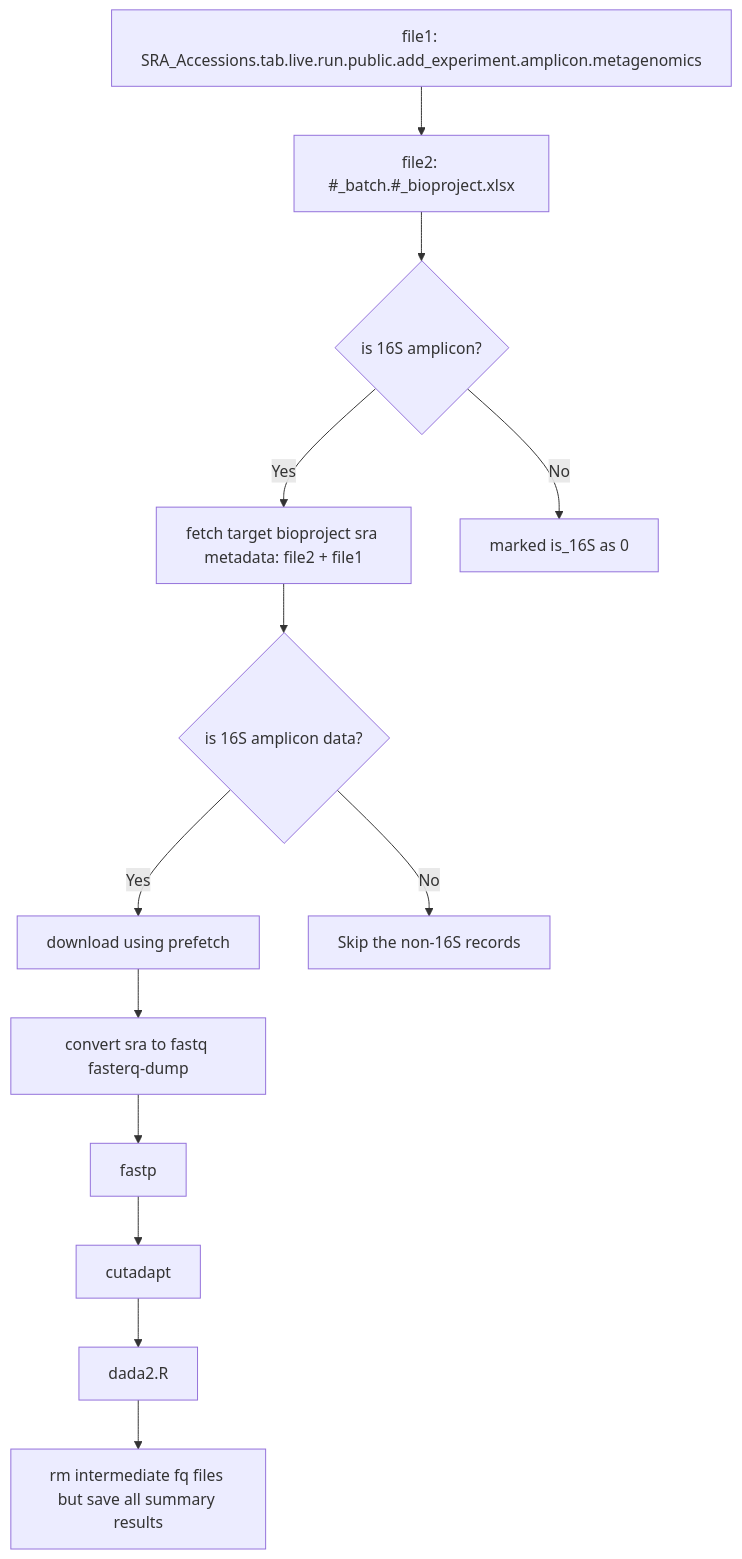
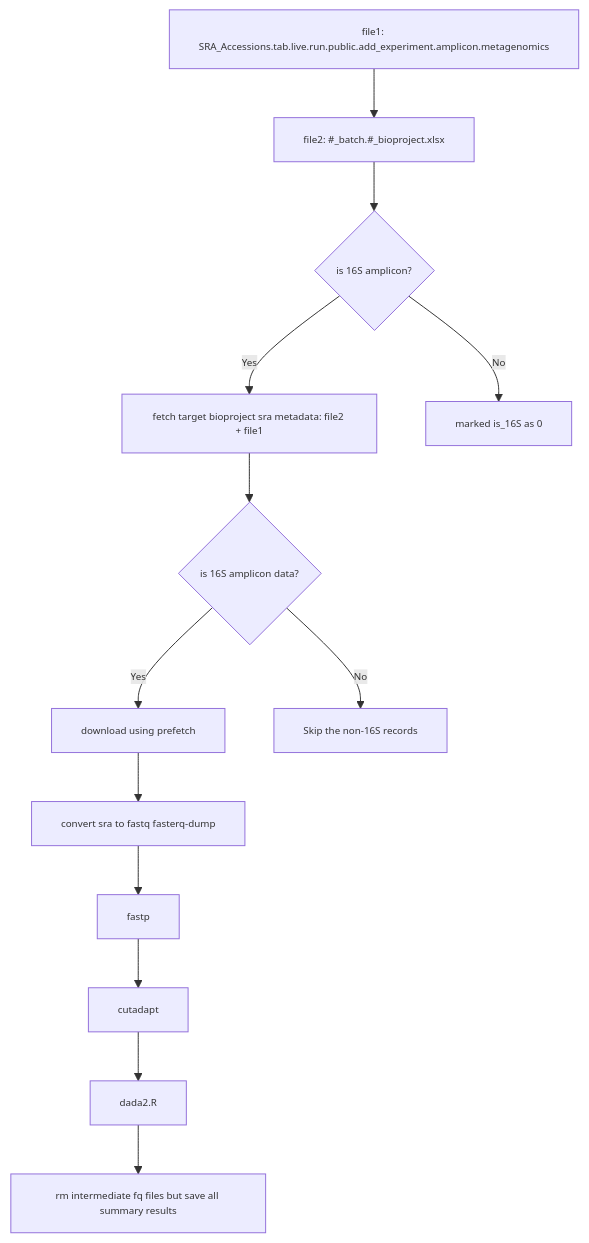
Before and after one commit to ypchan/amplicon_analysis_hub: the diagram in README.md, drawn with Mermaid.

````diff
--- a/README.md
+++ b/README.md
@@ -62,15 +62,16 @@
 ```mermaid
+%%{init: {'theme':'default', 'themeVariables': {'fontSize': '10px'}}}%%
 flowchart TD
     A[file1: SRA_Accessions.tab.live.run.public.add_experiment.amplicon.metagenomics] --> B[file2: #_batch.#_bioproject.xlsx]
     B --> C{is 16S amplicon?}
     C -- Yes --> D[fetch target bioproject sra metadata: file2 + file1]
     C -- No --> E[marked is_16S as 0]
     D --> F{is 16S amplicon data?}
     F -- Yes --> G[download using prefetch]
     F -- No --> H[Skip the non-16S records]
     G --> I[convert sra to fastq fasterq-dump]
     I --> J[fastp]
     J --> K[cutadapt]
     K --> L[dada2.R]
     L --> M[rm intermediate fq files but save all summary results]
 ```
````
